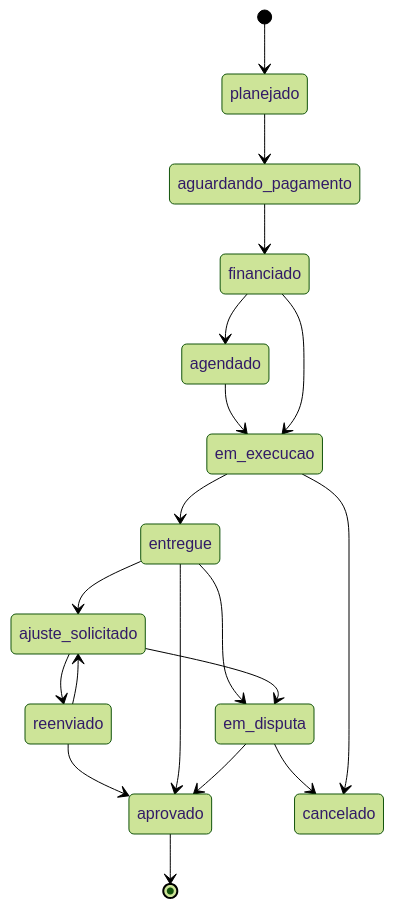
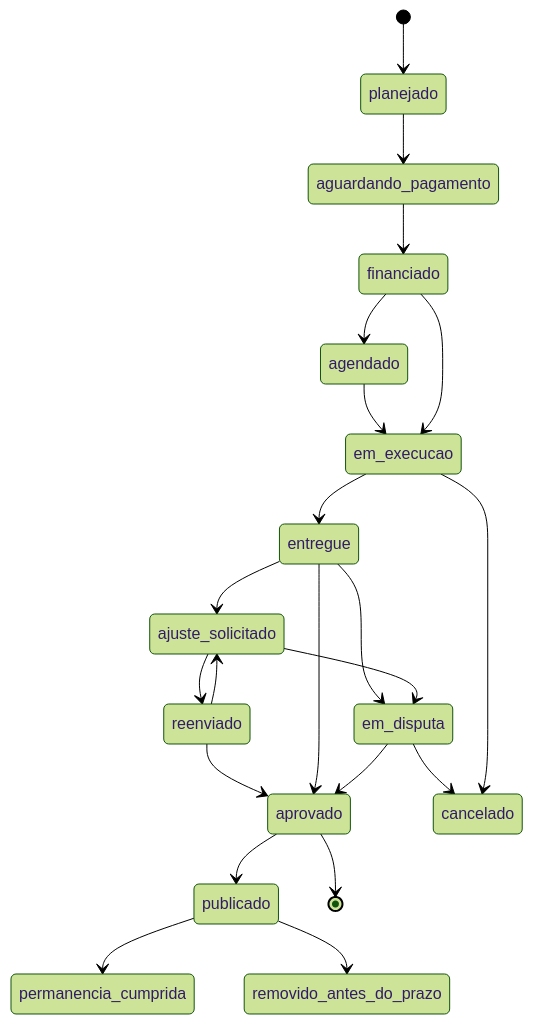
Before and after one commit to marcotuliobsouza/influentz-spec: the fourth of 4 diagrams in docs/MAQUINA-DE-ESTADOS.md, drawn with Mermaid (forest theme). The commit also changed other lines of this file and 3 other files, not shown here.

````diff
--- a/docs/MAQUINA-DE-ESTADOS.md
+++ b/docs/MAQUINA-DE-ESTADOS.md
@@ -313,21 +317,24 @@
 ```mermaid
 stateDiagram-v2
     [*] --> planejado
     planejado --> aguardando_pagamento
     aguardando_pagamento --> financiado
     financiado --> agendado
     agendado --> em_execucao
     financiado --> em_execucao
     em_execucao --> entregue
     entregue --> ajuste_solicitado
     ajuste_solicitado --> reenviado
     reenviado --> ajuste_solicitado
     reenviado --> aprovado
     entregue --> aprovado
+    aprovado --> publicado
+    publicado --> permanencia_cumprida
+    publicado --> removido_antes_do_prazo
     entregue --> em_disputa
     ajuste_solicitado --> em_disputa
     em_disputa --> aprovado
     em_disputa --> cancelado
     em_execucao --> cancelado
     aprovado --> [*]
 ```
````
